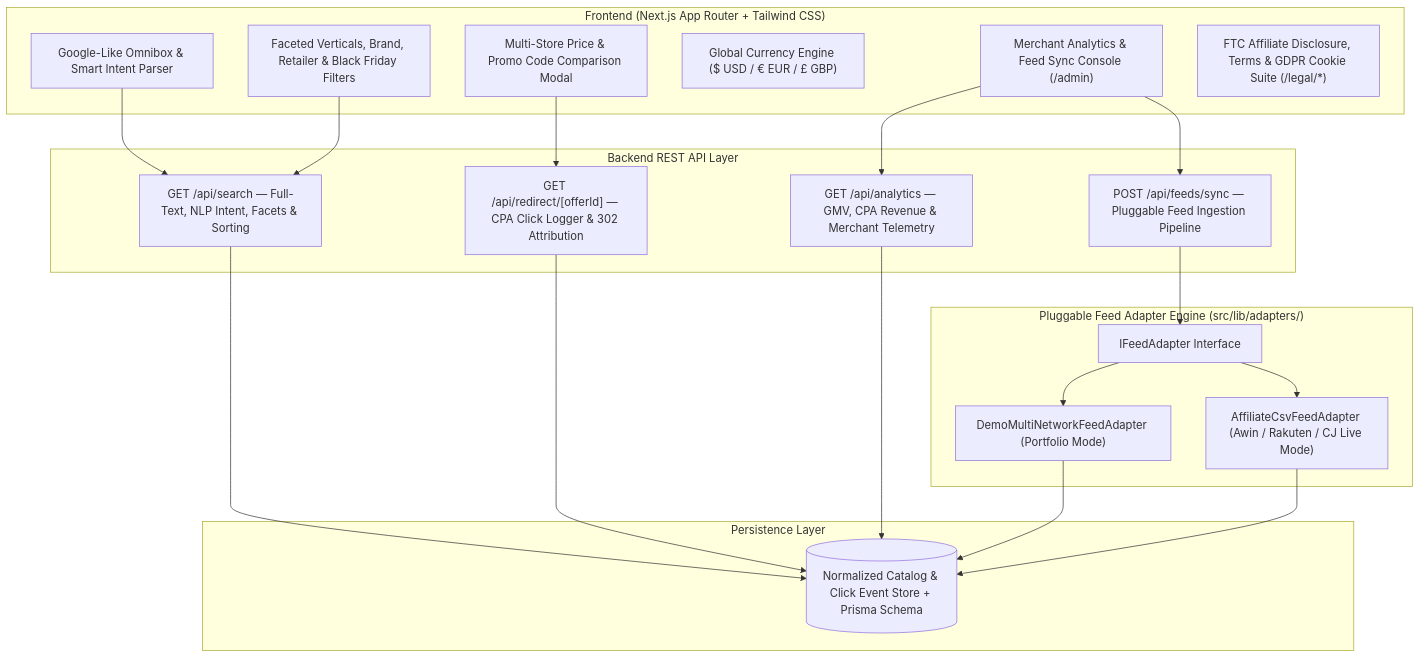
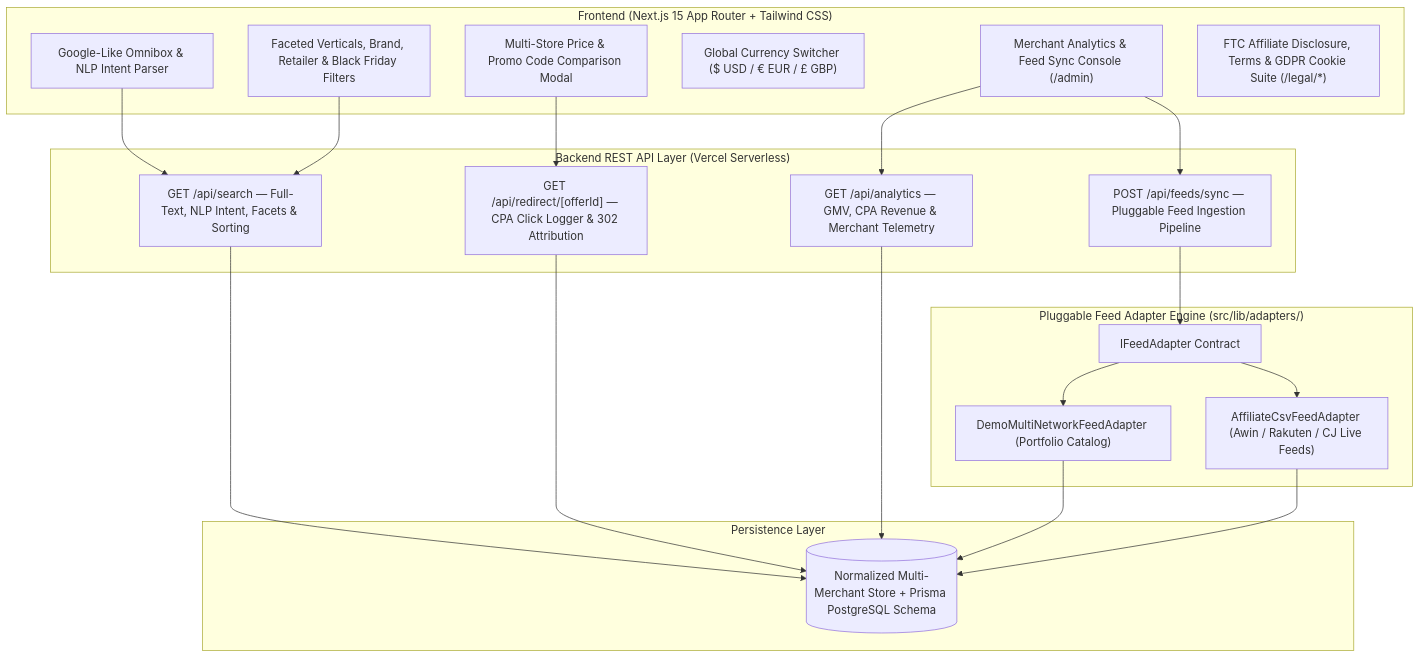
Before and after one commit to aymanmali/velora-scout: the diagram in README.md, drawn with Mermaid. The commit also changed other lines of this file, not shown here.

Commit message:
docs: polish VeloraScout README with badges, API table, and Vercel live links

````diff
--- a/README.md
+++ b/README.md
@@ -24,36 +52,36 @@
 ```mermaid
 flowchart TD
-    subgraph Client["Frontend (Next.js App Router + Tailwind CSS)"]
-        SearchUI["Google-Like Omnibox & Smart Intent Parser"]
+    subgraph Client["Frontend (Next.js 15 App Router + Tailwind CSS)"]
+        SearchUI["Google-Like Omnibox & NLP Intent Parser"]
         Filters["Faceted Verticals, Brand, Retailer & Black Friday Filters"]
         CompareModal["Multi-Store Price & Promo Code Comparison Modal"]
-        Currency["Global Currency Engine ($ USD / € EUR / £ GBP)"]
+        Currency["Global Currency Switcher ($ USD / € EUR / £ GBP)"]
         AdminUI["Merchant Analytics & Feed Sync Console (/admin)"]
         LegalUI["FTC Affiliate Disclosure, Terms & GDPR Cookie Suite (/legal/*)"]
     end
 
-    subgraph Backend["Backend REST API Layer"]
+    subgraph Backend["Backend REST API Layer (Vercel Serverless)"]
         SearchAPI["GET /api/search — Full-Text, NLP Intent, Facets & Sorting"]
         RedirectAPI["GET /api/redirect/[offerId] — CPA Click Logger & 302 Attribution"]
         SyncAPI["POST /api/feeds/sync — Pluggable Feed Ingestion Pipeline"]
         AnalyticsAPI["GET /api/analytics — GMV, CPA Revenue & Merchant Telemetry"]
     end
 
     subgraph Adapters["Pluggable Feed Adapter Engine (src/lib/adapters/)"]
-        Interface["IFeedAdapter Interface"]
-        DemoAdapter["DemoMultiNetworkFeedAdapter (Portfolio Mode)"]
-        CommercialAdapter["AffiliateCsvFeedAdapter (Awin / Rakuten / CJ Live Mode)"]
+        Interface["IFeedAdapter Contract"]
+        DemoAdapter["DemoMultiNetworkFeedAdapter (Portfolio Catalog)"]
+        CommercialAdapter["AffiliateCsvFeedAdapter (Awin / Rakuten / CJ Live Feeds)"]
     end
 
     subgraph Data["Persistence Layer"]
-        DB[("Normalized Catalog & Click Event Store + Prisma Schema")]
+        DB[("Normalized Multi-Merchant Store + Prisma PostgreSQL Schema")]
     end
 
     SearchUI & Filters --> SearchAPI
     CompareModal --> RedirectAPI
     AdminUI --> AnalyticsAPI & SyncAPI
     SearchAPI & RedirectAPI & AnalyticsAPI --> DB
     SyncAPI --> Interface
     Interface --> DemoAdapter & CommercialAdapter
     DemoAdapter & CommercialAdapter --> DB
 ```
````
